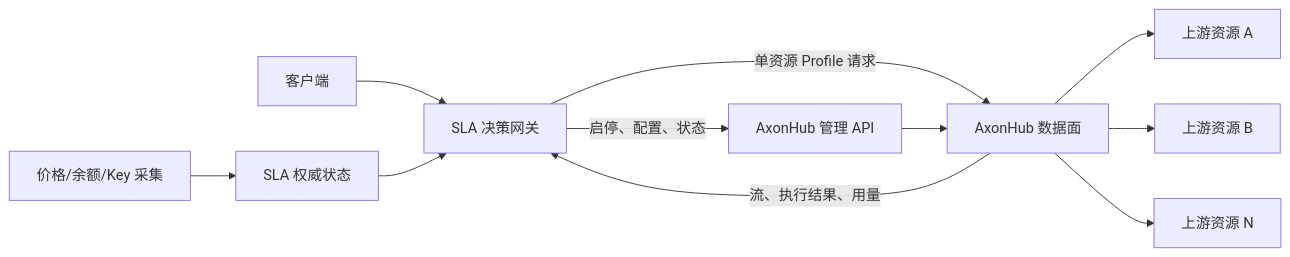
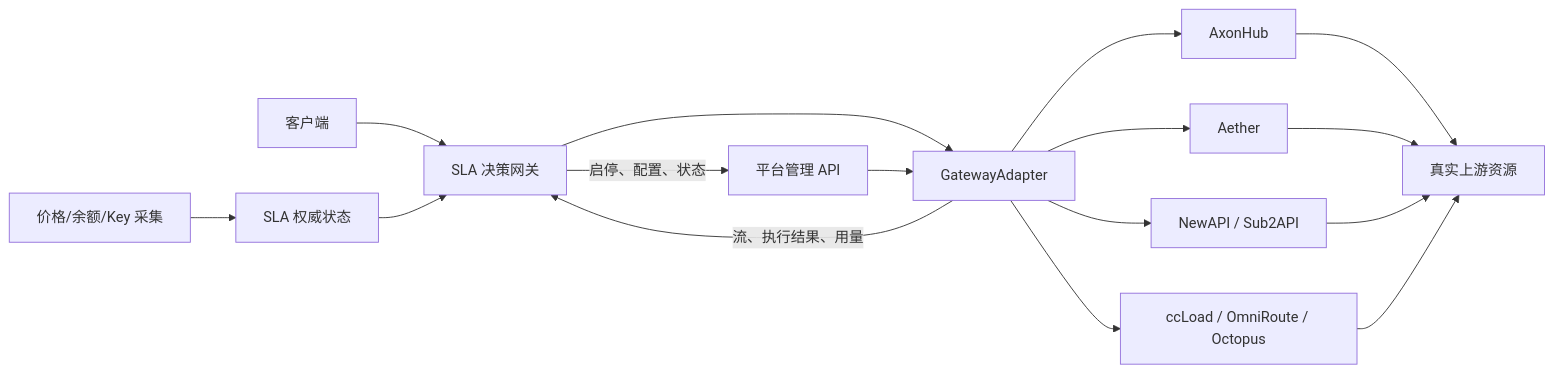
The diagram in docs/tech-selection/research/control-boundary.md (wuhao1477/multi-upstream-ai-gateway-sla), drawn with Mermaid before and after one commit. The commit also changed other lines of this file and 13 other files, not shown here.

````diff
--- a/docs/tech-selection/research/control-boundary.md
+++ b/docs/tech-selection/research/control-boundary.md
@@ -7,13 +7,18 @@
 ```mermaid
 flowchart LR
     C["客户端"] --> S["SLA 决策网关"]
-    S -->|"单资源 Profile 请求"| A["AxonHub 数据面"]
-    A --> U1["上游资源 A"]
-    A --> U2["上游资源 B"]
-    A --> U3["上游资源 N"]
-    A -->|"流、执行结果、用量"| S
+    S --> E["GatewayAdapter"]
+    E --> A["AxonHub"]
+    E --> AE["Aether"]
+    E --> N["NewAPI / Sub2API"]
+    E --> O["ccLoad / OmniRoute / Octopus"]
+    A --> U1["真实上游资源"]
+    AE --> U1
+    N --> U1
+    O --> U1
+    E -->|"流、执行结果、用量"| S
     P["价格/余额/Key 采集"] --> D["SLA 权威状态"]
     D --> S
-    S -->|"启停、配置、状态"| M["AxonHub 管理 API"]
-    M --> A
+    S -->|"启停、配置、状态"| M["平台管理 API"]
+    M --> E
 ```
````
